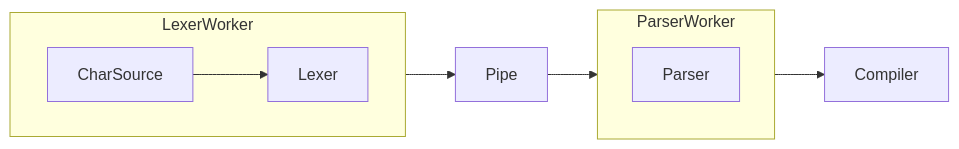
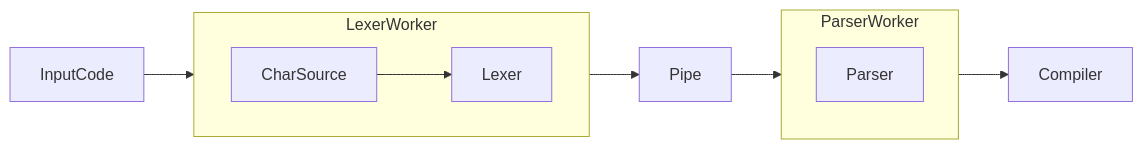
The diagram in README.md (Ramzeeset/Expression-Parser), drawn with Mermaid before and after one commit.

````diff
--- a/README.md
+++ b/README.md
@@ -7,13 +7,14 @@
 ```mermaid
 flowchart LR
     direction TB
     subgraph LexerWorker
         direction LR
         CharSource-->Lexer
     end
     subgraph ParserWorker
         Parser
     end
+    InputCode-->LexerWorker
     LexerWorker-->Pipe-->ParserWorker
     ParserWorker-->Compiler
 ```
````
